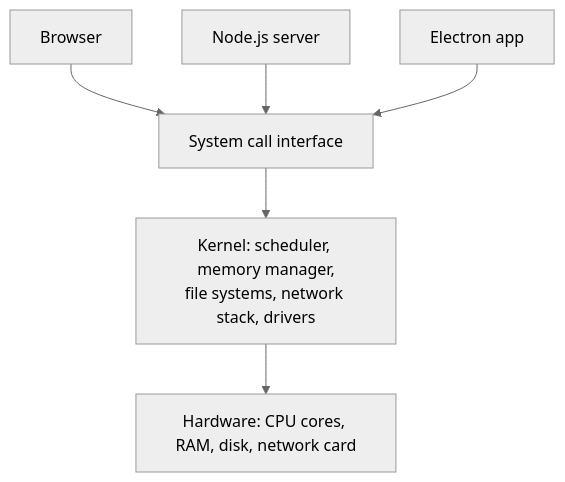
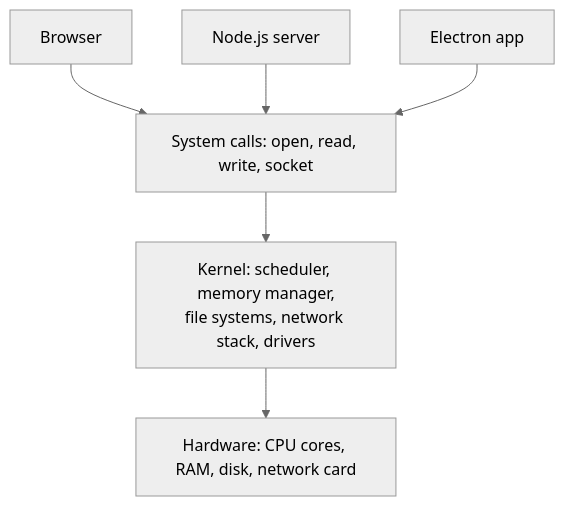
Before and after one commit to AnkitSharma745/Master_Javascript: the first of 5 diagrams in 01-cs-and-web-fundamentals/03-operating-systems-processes-threads-memory.md, drawn with Mermaid (neutral theme). The commit also changed other lines of this file and 271 other files, not shown here.

````diff
--- a/01-cs-and-web-fundamentals/03-operating-systems-processes-threads-memory.md
+++ b/01-cs-and-web-fundamentals/03-operating-systems-processes-threads-memory.md
@@ -47,8 +33,8 @@
 ```mermaid
 flowchart TD
-    A1["Browser"] --> SC["System call interface"]
+    A1["Browser"] --> SC["System calls: open, read, write, socket"]
     A2["Node.js server"] --> SC
     A3["Electron app"] --> SC
     SC --> K["Kernel: scheduler, memory manager,<br/>file systems, network stack, drivers"]
     K --> HW["Hardware: CPU cores, RAM, disk, network card"]
 ```
````
